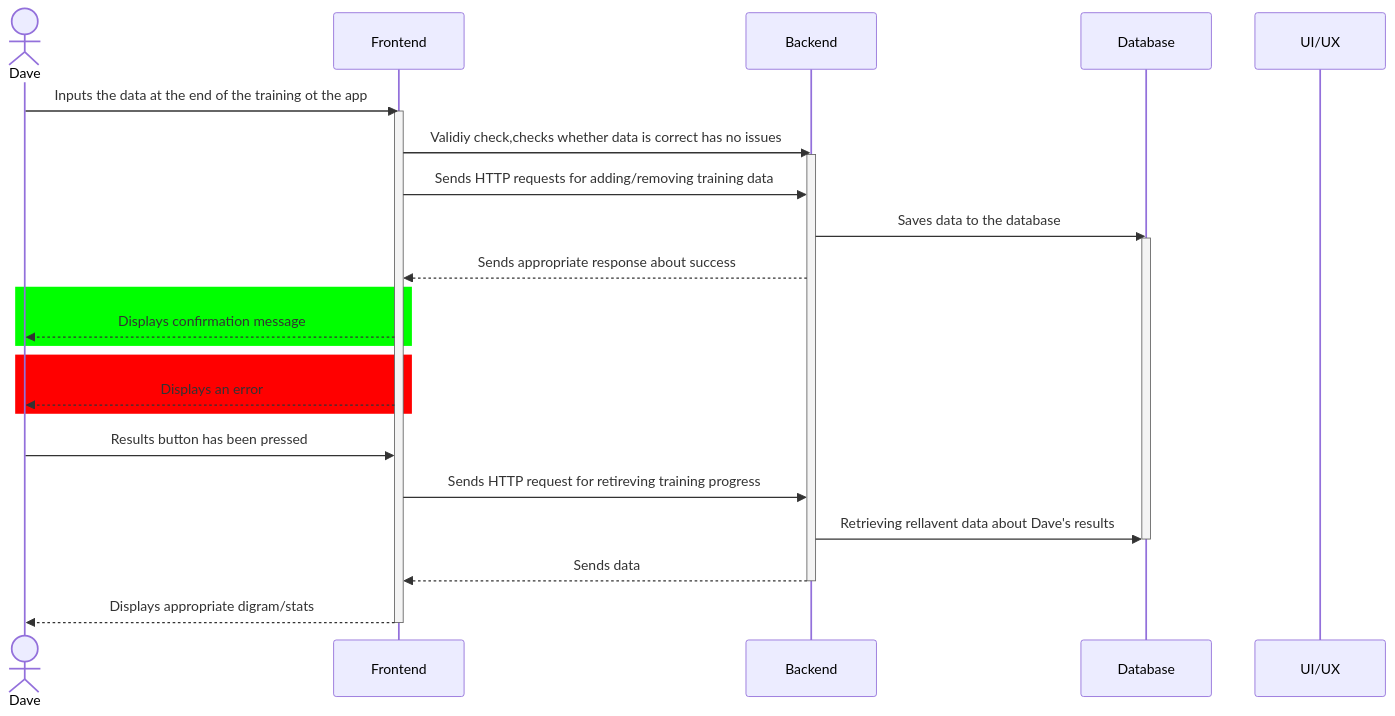
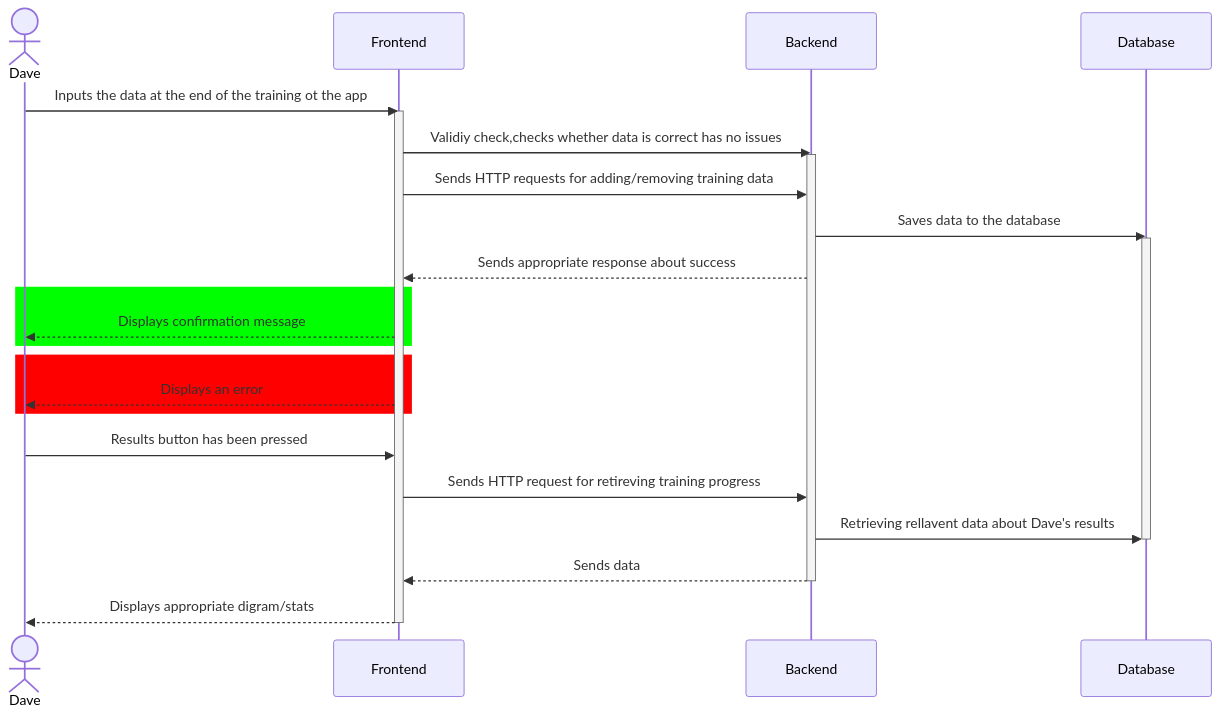
The second of 3 diagrams in docs/sequence-diagrams.md (Bosco-13/cmp5012b-team), drawn with Mermaid before and after one commit. The commit also changed other lines of this file, not shown here.

````diff
--- a/docs/sequence-diagrams.md
+++ b/docs/sequence-diagrams.md
@@ -66,30 +44,29 @@
 ``` mermaid
 sequenceDiagram
     actor Dave
     participant Frontend
     participant Backend
     participant Database
-    participant UI/UX
     Dave ->> Frontend: Inputs the data at the end of the training ot the app
     activate Frontend
     Frontend ->> Backend: Validiy check,checks whether data is correct has no issues
     activate Backend
     Frontend ->> Backend: Sends HTTP requests for adding/removing training data
     Backend ->> Database: Saves data to the database
     activate Database
     Backend -->> Frontend: Sends appropriate response about success
     rect rgb(0,255,0)
     Frontend -->> Dave: Displays confirmation message
     end
     rect rgb(255,0,0)  
     Frontend -->> Dave: Displays an error
     end
     Dave ->> Frontend: Results button has been pressed
     Frontend ->> Backend: Sends HTTP request for retireving training progress
     Backend ->> Database: Retrieving rellavent data about Dave's results
     deactivate Database
     Backend -->> Frontend: Sends data
     deactivate Backend
     Frontend -->> Dave: Displays appropriate digram/stats
     deactivate Frontend
 ```
````
